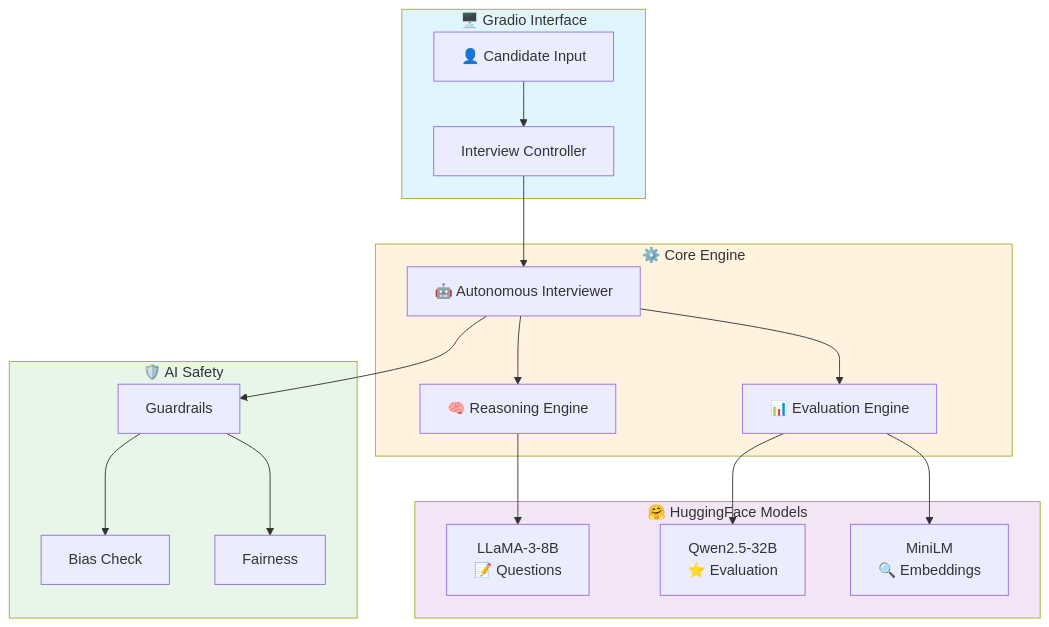
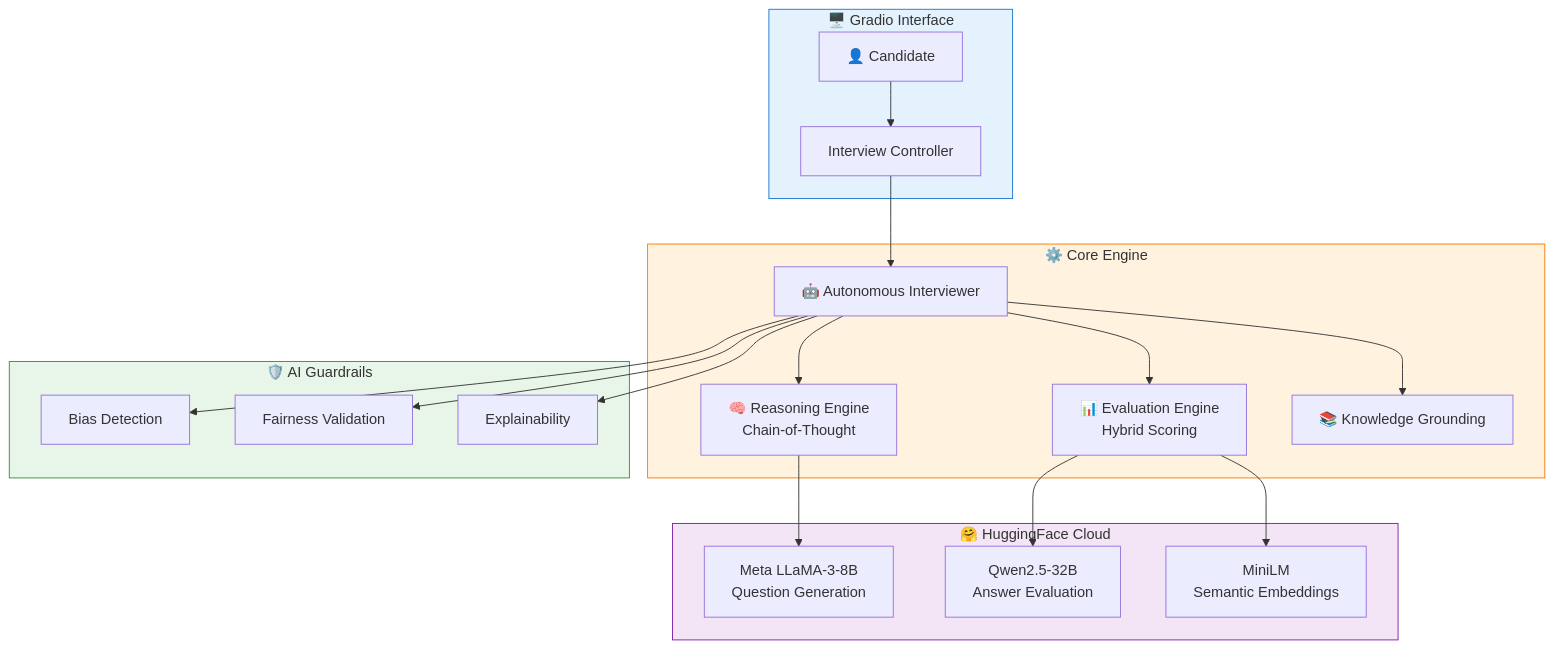
Before and after one commit to VIKAS9793/ai-interviewer-langchain: the first of 2 diagrams in README.md, drawn with Mermaid. The commit also changed other lines of this file, not shown here.

Commit message:
docs: Enhanced README with tech stack badges, AI model badges, mermaid diagrams

````diff
--- a/README.md
+++ b/README.md
@@ -83,29 +92,30 @@
 ```mermaid
 flowchart TB
     subgraph UI["🖥️ Gradio Interface"]
-        A[👤 Candidate Input] --> B[Interview Controller]
+        A["👤 Candidate"] --> B["Interview Controller"]
     end
     
     subgraph Core["⚙️ Core Engine"]
-        B --> C[🤖 Autonomous Interviewer]
-        C --> D[🧠 Reasoning Engine]
-        C --> E[📊 Evaluation Engine]
+        B --> C["🤖 Autonomous Interviewer"]
+        C --> D["🧠 Reasoning Engine<br/>Chain-of-Thought"]
+        C --> E["📊 Evaluation Engine<br/>Hybrid Scoring"]
+        C --> F["📚 Knowledge Grounding"]
     end
     
-    subgraph LLMs["🤗 HuggingFace Models"]
-        D --> F["LLaMA-3-8B\n📝 Questions"]
-        E --> G["Qwen2.5-32B\n⭐ Evaluation"]
-        E --> H["MiniLM\n🔍 Embeddings"]
+    subgraph Models["🤗 HuggingFace Cloud"]
+        D --> G["Meta LLaMA-3-8B<br/>Question Generation"]
+        E --> H["Qwen2.5-32B<br/>Answer Evaluation"]
+        E --> I["MiniLM<br/>Semantic Embeddings"]
     end
     
-    subgraph Safety["🛡️ AI Safety"]
-        C --> I[Guardrails]
-        I --> J[Bias Check]
-        I --> K[Fairness]
+    subgraph Safety["🛡️ AI Guardrails"]
+        C --> J["Bias Detection"]
+        C --> K["Fairness Validation"]
+        C --> L["Explainability"]
     end
     
-    style UI fill:#e1f5fe
-    style Core fill:#fff3e0
-    style LLMs fill:#f3e5f5
-    style Safety fill:#e8f5e9
+    style UI fill:#e3f2fd,stroke:#1976d2
+    style Core fill:#fff3e0,stroke:#f57c00
+    style Models fill:#f3e5f5,stroke:#7b1fa2
+    style Safety fill:#e8f5e9,stroke:#388e3c
 ```
````
